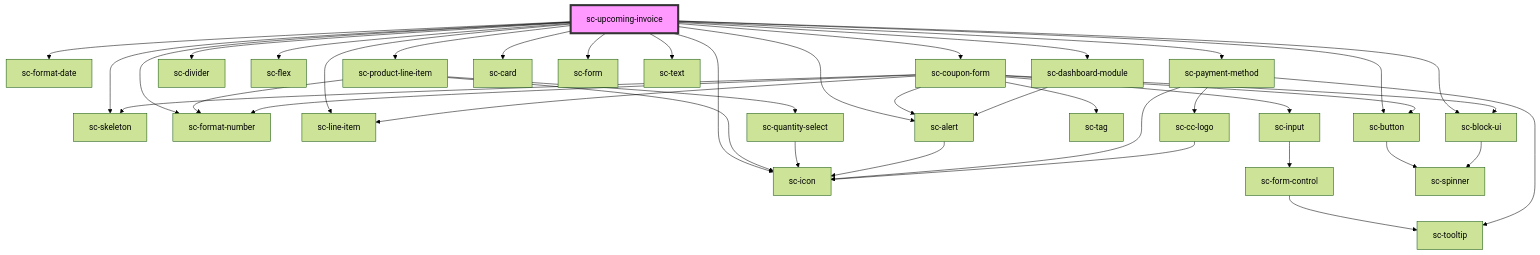
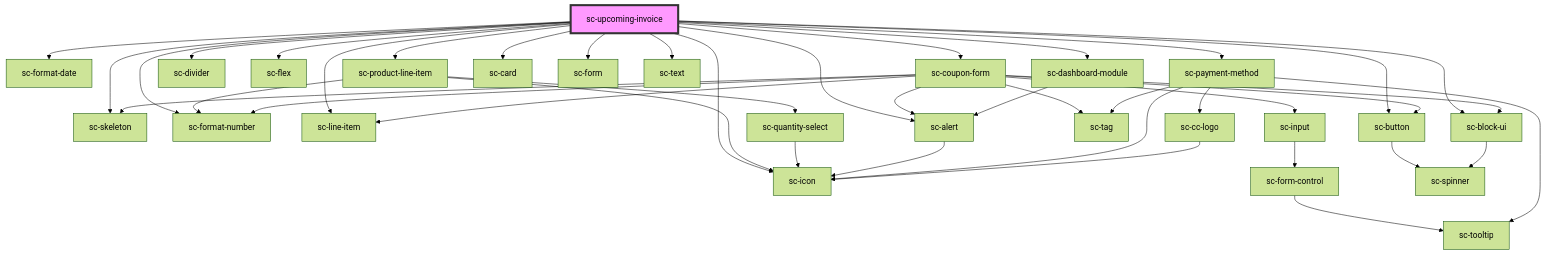
One commit to surecart/surecart-wp-plugin changed the diagram in packages/components/src/components/controllers/dashboard/upcoming-invoice/readme.md. Above: the diagram before and after it, drawn with Mermaid (forest theme). The commit also changed 22 other files, not shown here.

````diff
--- a/packages/components/src/components/controllers/dashboard/upcoming-invoice/readme.md
+++ b/packages/components/src/components/controllers/dashboard/upcoming-invoice/readme.md
@@ -46,43 +46,44 @@
 ```mermaid
 graph TD;
   sc-upcoming-invoice --> sc-format-date
   sc-upcoming-invoice --> sc-skeleton
   sc-upcoming-invoice --> sc-format-number
   sc-upcoming-invoice --> sc-product-line-item
   sc-upcoming-invoice --> sc-line-item
   sc-upcoming-invoice --> sc-coupon-form
   sc-upcoming-invoice --> sc-divider
   sc-upcoming-invoice --> sc-flex
   sc-upcoming-invoice --> sc-payment-method
   sc-upcoming-invoice --> sc-icon
   sc-upcoming-invoice --> sc-alert
   sc-upcoming-invoice --> sc-dashboard-module
   sc-upcoming-invoice --> sc-card
   sc-upcoming-invoice --> sc-form
   sc-upcoming-invoice --> sc-button
   sc-upcoming-invoice --> sc-text
   sc-upcoming-invoice --> sc-block-ui
   sc-product-line-item --> sc-format-number
   sc-product-line-item --> sc-quantity-select
   sc-product-line-item --> sc-icon
   sc-quantity-select --> sc-icon
   sc-coupon-form --> sc-skeleton
   sc-coupon-form --> sc-line-item
   sc-coupon-form --> sc-tag
   sc-coupon-form --> sc-format-number
   sc-coupon-form --> sc-input
   sc-coupon-form --> sc-alert
   sc-coupon-form --> sc-button
   sc-coupon-form --> sc-block-ui
   sc-input --> sc-form-control
   sc-form-control --> sc-tooltip
   sc-alert --> sc-icon
   sc-button --> sc-spinner
   sc-block-ui --> sc-spinner
+  sc-payment-method --> sc-tag
   sc-payment-method --> sc-cc-logo
   sc-payment-method --> sc-tooltip
   sc-payment-method --> sc-icon
   sc-cc-logo --> sc-icon
   sc-dashboard-module --> sc-alert
   style sc-upcoming-invoice fill:#f9f,stroke:#333,stroke-width:4px
 ```
````
